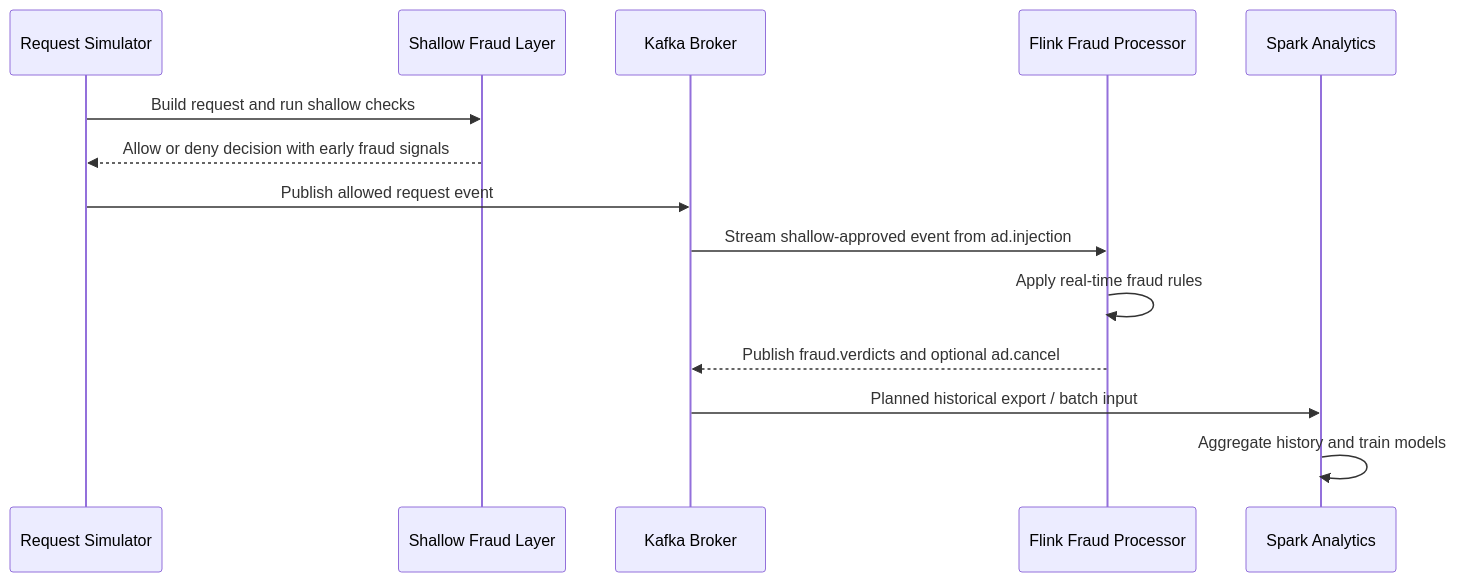
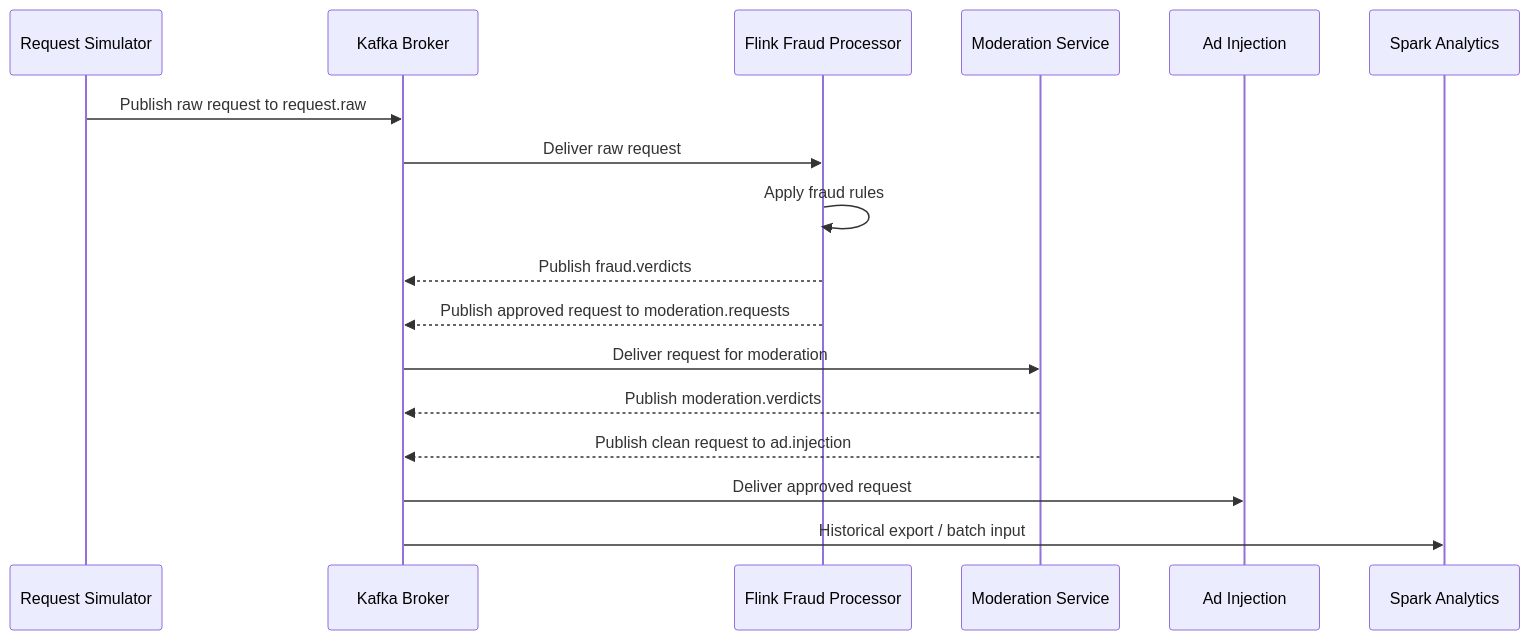
One commit to IamMistake/ai-ad-request-safety-pipeline changed the diagram in docs/event_flow.md. Above: the diagram before and after it, drawn with Mermaid. The commit also changed other lines of this file and 45 other files, not shown here.

Commit message:
rework pipeline into sequential fraud moderation flow

````diff
--- a/docs/event_flow.md
+++ b/docs/event_flow.md
@@ -10,17 +5,20 @@
 ```mermaid
 sequenceDiagram
     participant Sim as Request Simulator
-    participant Redis as Shallow Fraud Layer
     participant Kafka as Kafka Broker
     participant Flink as Flink Fraud Processor
+    participant Mod as Moderation Service
+    participant Ad as Ad Injection
     participant Spark as Spark Analytics
 
-    Sim->>Redis: Build request and run shallow checks
-    Redis-->>Sim: Allow or deny decision with early fraud signals
-    Sim->>Kafka: Publish allowed request event
-    Kafka->>Flink: Stream shallow-approved event from ad.injection
-    Flink->>Flink: Apply real-time fraud rules
-    Flink-->>Kafka: Publish fraud.verdicts and optional ad.cancel
-    Kafka->>Spark: Planned historical export / batch input
-    Spark->>Spark: Aggregate history and train models
+    Sim->>Kafka: Publish raw request to request.raw
+    Kafka->>Flink: Deliver raw request
+    Flink->>Flink: Apply fraud rules
+    Flink-->>Kafka: Publish fraud.verdicts
+    Flink-->>Kafka: Publish approved request to moderation.requests
+    Kafka->>Mod: Deliver request for moderation
+    Mod-->>Kafka: Publish moderation.verdicts
+    Mod-->>Kafka: Publish clean request to ad.injection
+    Kafka->>Ad: Deliver approved request
+    Kafka->>Spark: Historical export / batch input
 ```
````
